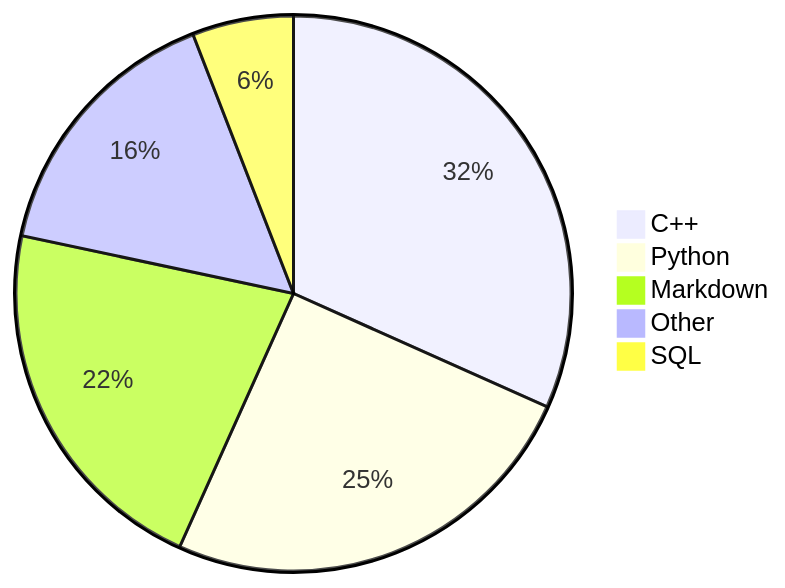
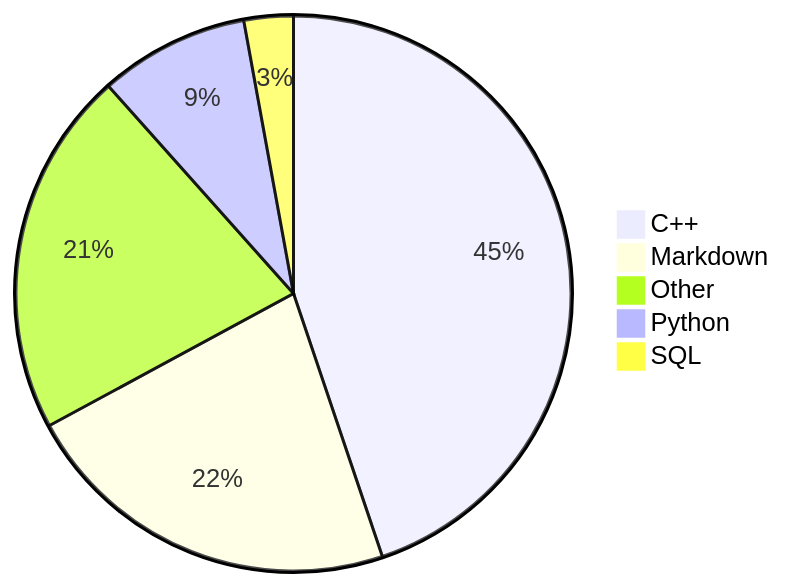
One commit to Alicia111/alicia111 changed the diagram in README.md. Above: the diagram before and after it, drawn with Mermaid.

Commit message:
Update WakaTime stats (・ω・)b

````diff
--- a/README.md
+++ b/README.md
@@ -32,8 +32,8 @@
 ```mermaid
 pie
-    "C++" : 31.69
-    "Python" : 25.03
-    "Markdown" : 21.62
-    "Other" : 15.77
-    "SQL" : 5.89
+    "C++" : 44.81
+    "Markdown" : 22.29
+    "Other" : 21.3
+    "Python" : 8.72
+    "SQL" : 2.87
 ```
````
